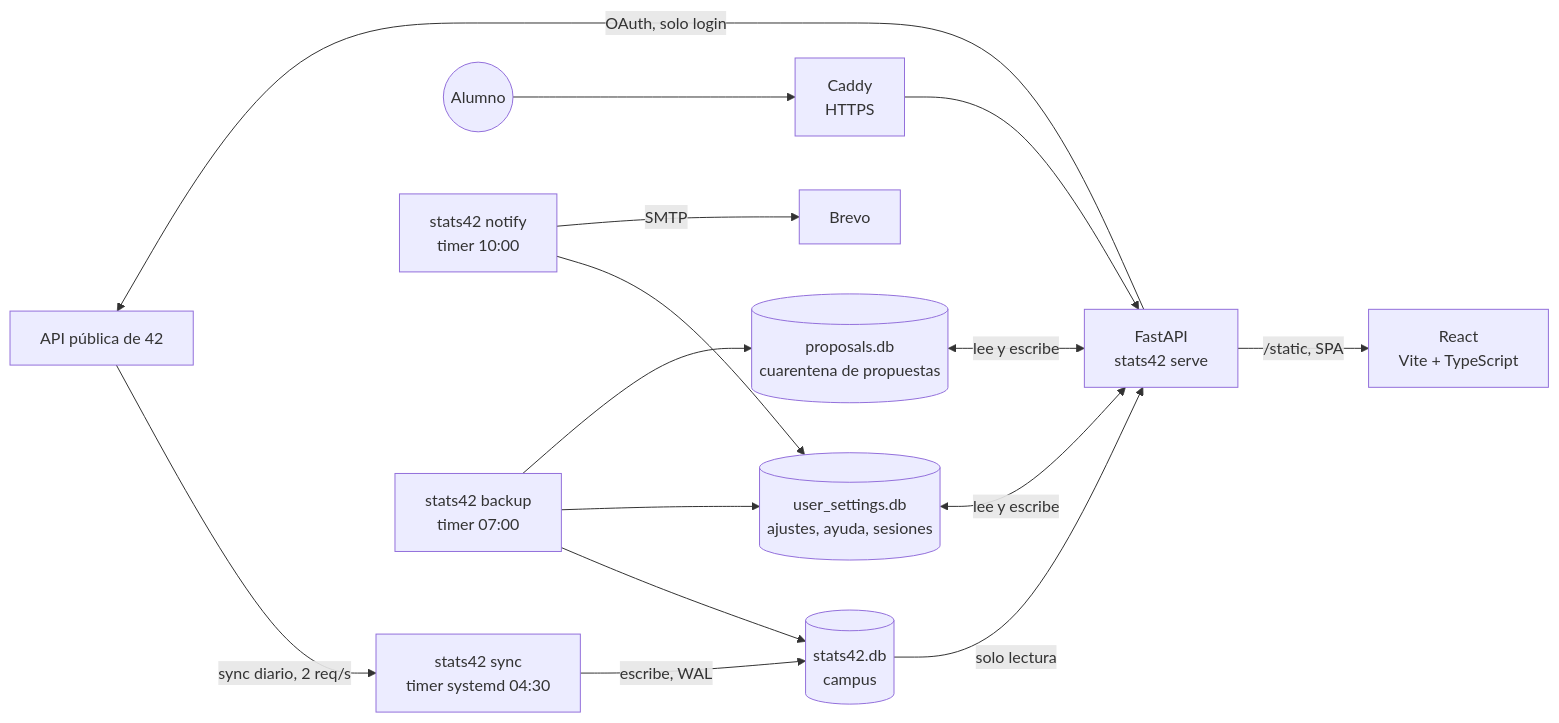
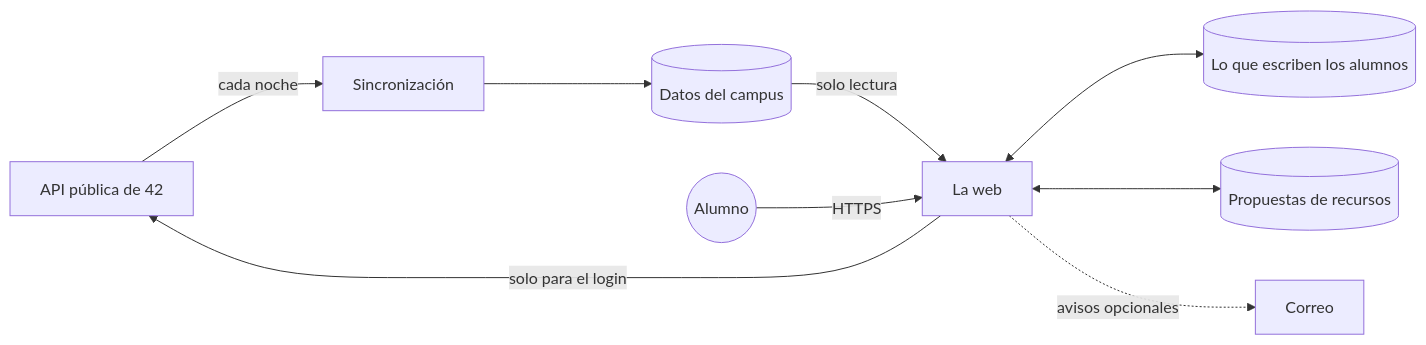
One commit to jzelada97/42stats changed the diagram in README.md. Above: the diagram before and after it, drawn with Mermaid. The commit also changed other lines of this file, not shown here.

First line of the commit message:
docs: la sección de arquitectura del README, en lenguaje llano

````diff
--- a/README.md
+++ b/README.md
@@ -42,17 +46,11 @@
 ```mermaid
 flowchart LR
-    API[API pública de 42] -->|sync diario, 2 req/s| SYNC[stats42 sync<br/>timer systemd 04:30]
-    SYNC -->|escribe, WAL| CAMPUS[(stats42.db<br/>campus)]
-    CAMPUS -->|solo lectura| WEB[FastAPI<br/>stats42 serve]
-    SETTINGS[(user_settings.db<br/>ajustes, ayuda, sesiones)] <-->|lee y escribe| WEB
-    QUARANTINE[(proposals.db<br/>cuarentena de propuestas)] <-->|lee y escribe| WEB
-    WEB -->|/static, SPA| UI[React<br/>Vite + TypeScript]
-    CADDY[Caddy<br/>HTTPS] --> WEB
-    USER((Alumno)) --> CADDY
-    WEB -->|OAuth, solo login| API
-    NOTIFY[stats42 notify<br/>timer 10:00] --> SETTINGS
-    NOTIFY -->|SMTP| BREVO[Brevo]
-    BACKUP[stats42 backup<br/>timer 07:00] --> CAMPUS
-    BACKUP --> SETTINGS
-    BACKUP --> QUARANTINE
+    API[API pública de 42] -->|cada noche| SYNC[Sincronización]
+    SYNC --> CAMPUS[(Datos del campus)]
+    CAMPUS -->|solo lectura| WEB[La web]
+    WEB <--> USERS[(Lo que escriben los alumnos)]
+    WEB <--> PROPOSALS[(Propuestas de recursos)]
+    ALUMNO((Alumno)) -->|HTTPS| WEB
+    WEB -->|solo para el login| API
+    WEB -.->|avisos opcionales| MAIL[Correo]
 ```
````
